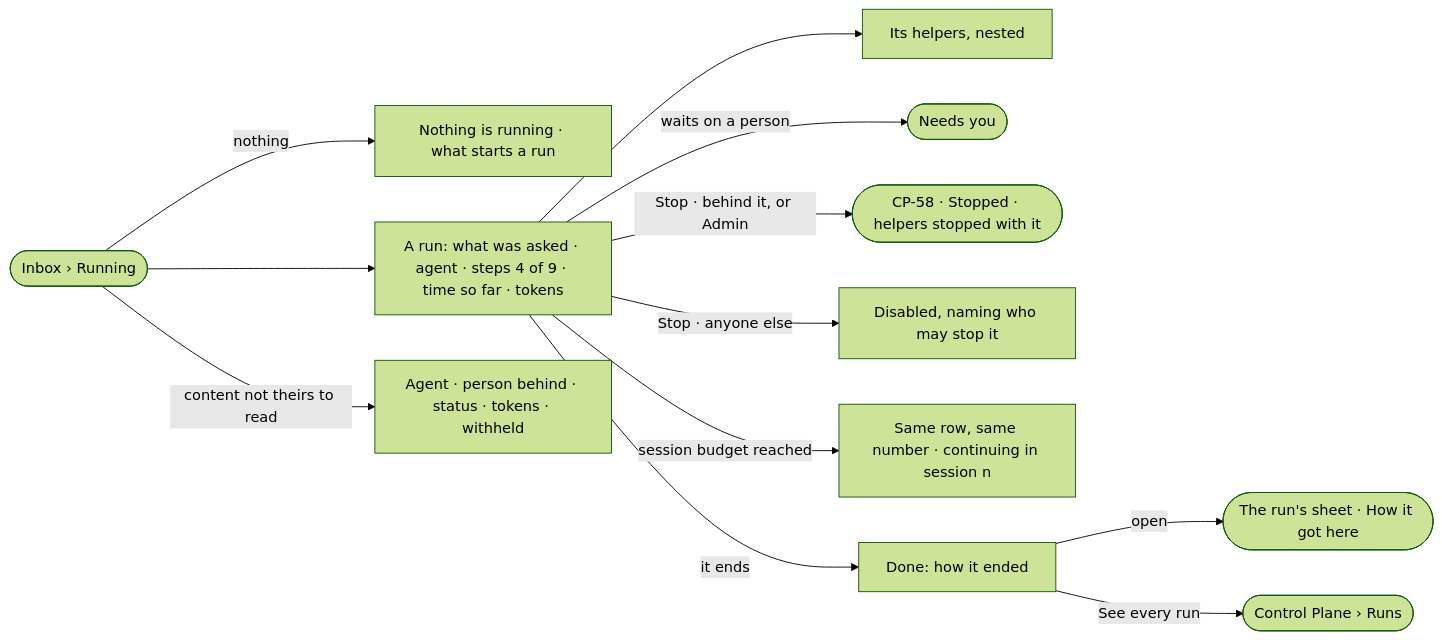
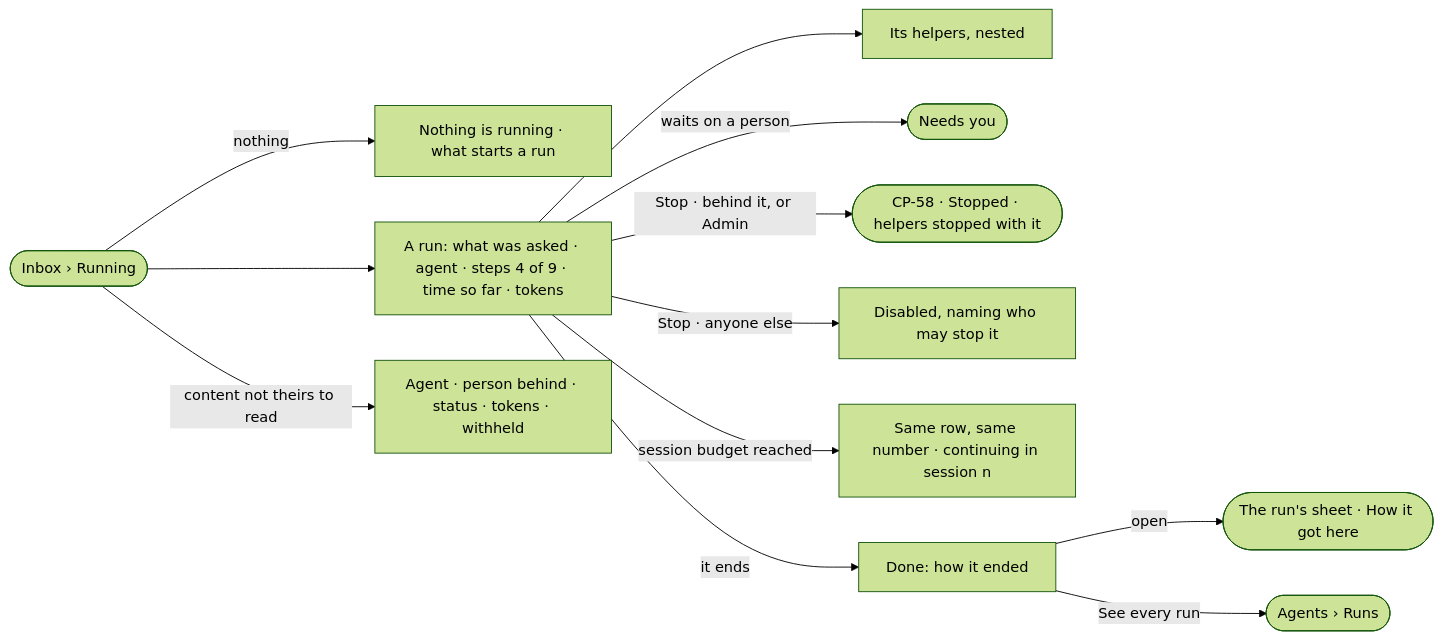
Before and after one commit to invana/invana: the diagram in specs/os/control/features/CP-F10-runs-and-how-the-agents-are-doing/stories/CP-57-see-what-is-running-and-what-just-ran/story.md, drawn with Mermaid (forest theme). The commit also changed other lines of this file and 106 other files, not shown here.

````diff
--- a/specs/os/control/features/CP-F10-runs-and-how-the-agents-are-doing/stories/CP-57-see-what-is-running-and-what-just-ran/story.md
+++ b/specs/os/control/features/CP-F10-runs-and-how-the-agents-are-doing/stories/CP-57-see-what-is-running-and-what-just-ran/story.md
@@ -27,14 +27,14 @@
 ```mermaid
 flowchart LR
   s([Inbox › Running]) -->|nothing| e["Nothing is running · what starts a run"]
   s --> r["A run: what was asked · agent · steps 4 of 9 · time so far · tokens"]
   s -->|content not theirs to read| wh["Agent · person behind · status · tokens · withheld"]
   r --> h["Its helpers, nested"]
   r -->|waits on a person| n(["Needs you"])
   r -->|Stop · behind it, or Admin| x(["CP-58 · Stopped · helpers stopped with it"])
   r -->|Stop · anyone else| d["Disabled, naming who may stop it"]
   r -->|session budget reached| ct["Same row, same number · continuing in session n"]
   r -->|it ends| done["Done: how it ended"]
   done -->|open| sh(["The run's sheet · How it got here"])
-  done -->|See every run| all(["Control Plane › Runs"])
+  done -->|See every run| all(["Agents › Runs"])
 ```
````
